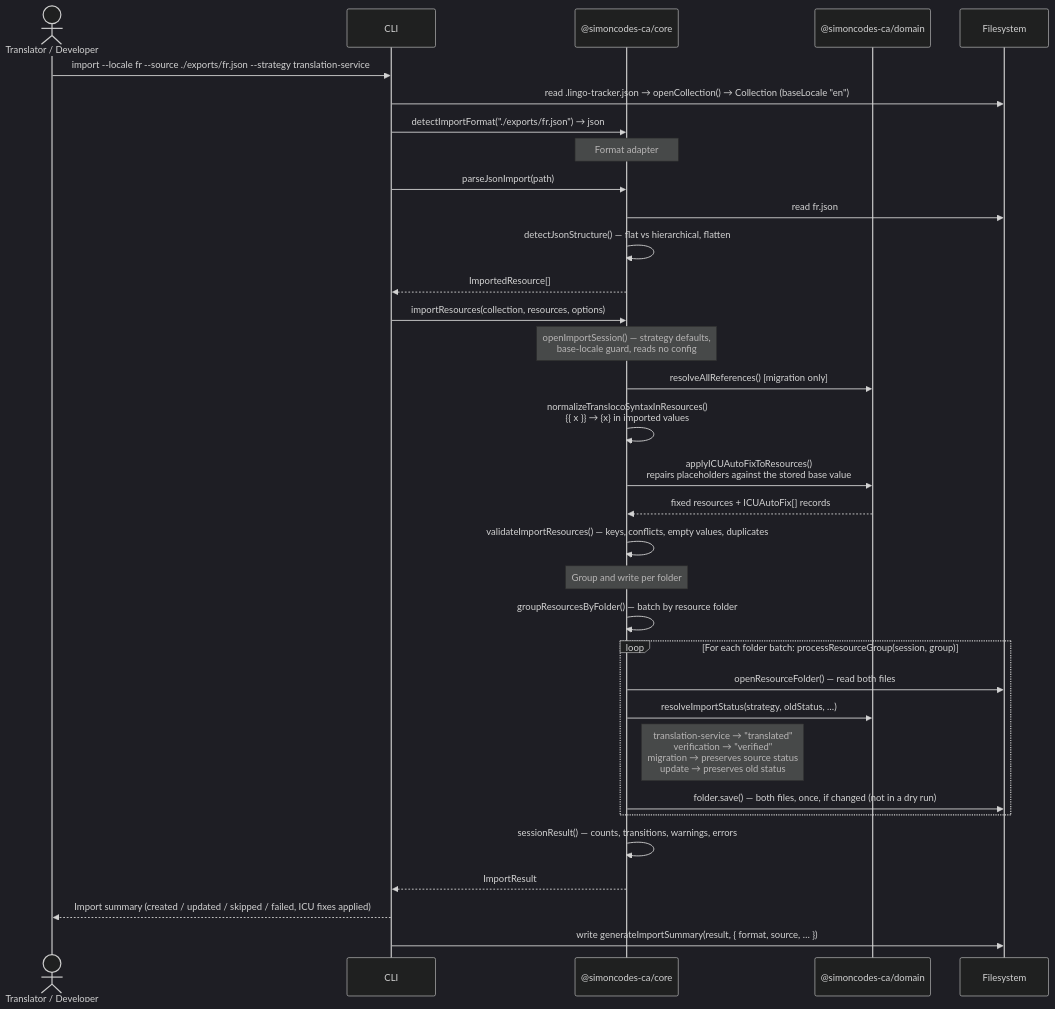
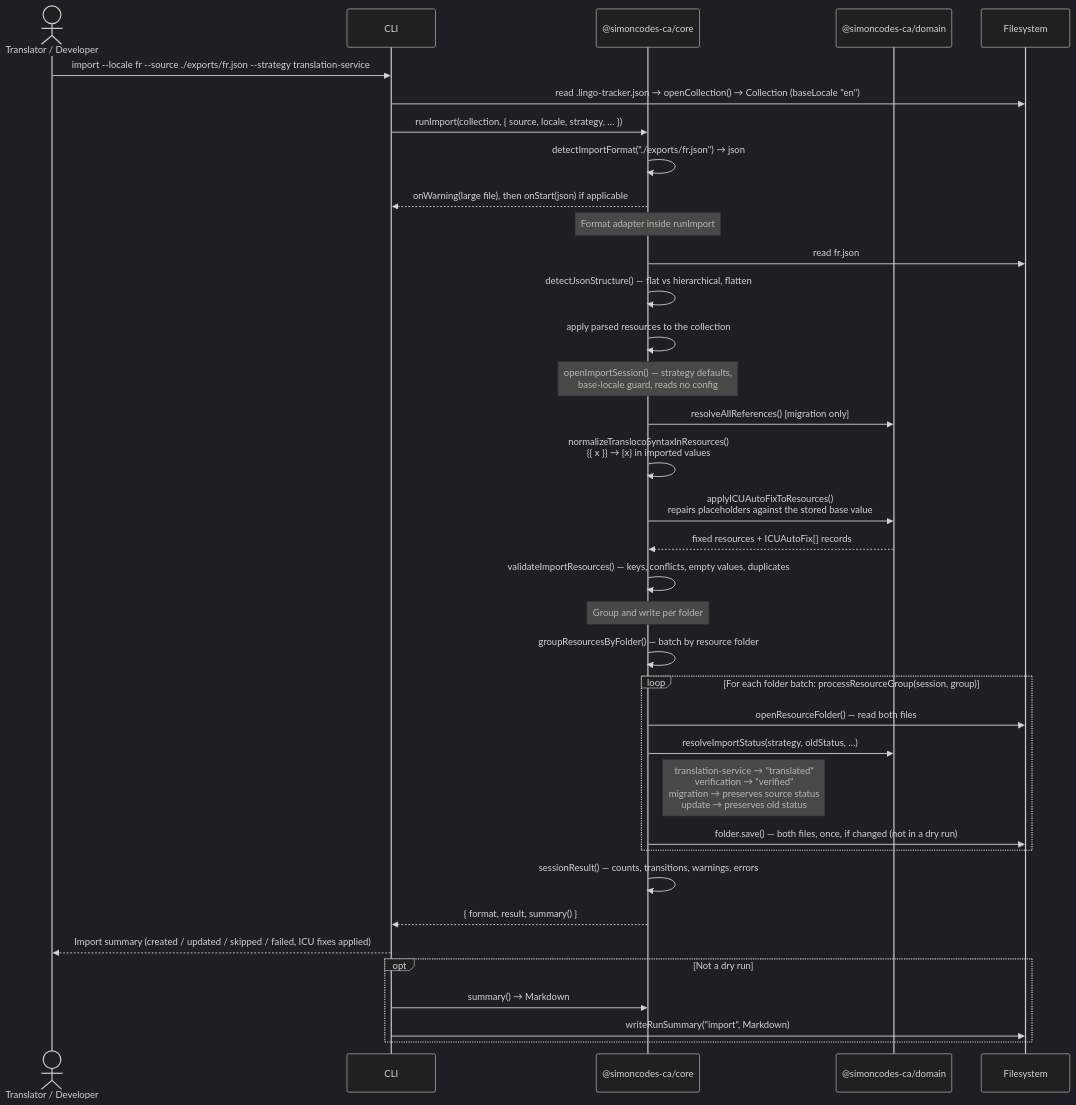
The third of 8 diagrams in architecture-docs/user-flows.md (SimonNodel-AI/lingo-tracker), drawn with Mermaid (dark theme) before and after one commit. The commit also changed other lines of this file and 17 other files, not shown here.

First line of the commit message:
refactor(core): import run reads, detects and parses its own source

````diff
--- a/architecture-docs/user-flows.md
+++ b/architecture-docs/user-flows.md
@@ -142,40 +142,41 @@
 ```mermaid
 sequenceDiagram
     actor Translator as Translator / Developer
     participant CLI as CLI
     participant Core as @simoncodes-ca/core
     participant Domain as @simoncodes-ca/domain
     participant FS as Filesystem
 
     Translator->>CLI: import --locale fr --source ./exports/fr.json --strategy translation-service
     CLI->>FS: read .lingo-tracker.json → openCollection() → Collection (baseLocale "en")
-    CLI->>Core: detectImportFormat("./exports/fr.json") → json
-
-    Note over Core: Format adapter
-    CLI->>Core: parseJsonImport(path)
+    CLI->>Core: runImport(collection, { source, locale, strategy, … })
+    Core->>Core: detectImportFormat("./exports/fr.json") → json
+    Core-->>CLI: onWarning(large file), then onStart(json) if applicable
+    Note over Core: Format adapter inside runImport
     Core->>FS: read fr.json
     Core->>Core: detectJsonStructure() — flat vs hierarchical, flatten
-    Core-->>CLI: ImportedResource[]
-
-    CLI->>Core: importResources(collection, resources, options)
+    Core->>Core: apply parsed resources to the collection
     Note over Core: openImportSession() — strategy defaults,<br/>base-locale guard, reads no config
     Core->>Domain: resolveAllReferences() [migration only]
     Core->>Core: normalizeTranslocoSyntaxInResources()<br/>{{ x }} → {x} in imported values
     Core->>Domain: applyICUAutoFixToResources()<br/>repairs placeholders against the stored base value
     Domain-->>Core: fixed resources + ICUAutoFix[] records
     Core->>Core: validateImportResources() — keys, conflicts, empty values, duplicates
 
     Note over Core: Group and write per folder
     Core->>Core: groupResourcesByFolder() — batch by resource folder
     loop For each folder batch: processResourceGroup(session, group)
         Core->>FS: openResourceFolder() — read both files
         Core->>Domain: resolveImportStatus(strategy, oldStatus, …)
         Note right of Core: translation-service → "translated"<br/>verification → "verified"<br/>migration → preserves source status<br/>update → preserves old status
         Core->>FS: folder.save() — both files, once, if changed (not in a dry run)
     end
 
     Core->>Core: sessionResult() — counts, transitions, warnings, errors
-    Core-->>CLI: ImportResult
+    Core-->>CLI: { format, result, summary() }
     CLI-->>Translator: Import summary (created / updated / skipped / failed, ICU fixes applied)
-    CLI->>FS: write generateImportSummary(result, { format, source, … })
+    opt Not a dry run
+        CLI->>Core: summary() → Markdown
+        CLI->>FS: writeRunSummary("import", Markdown)
+    end
 ```
````
